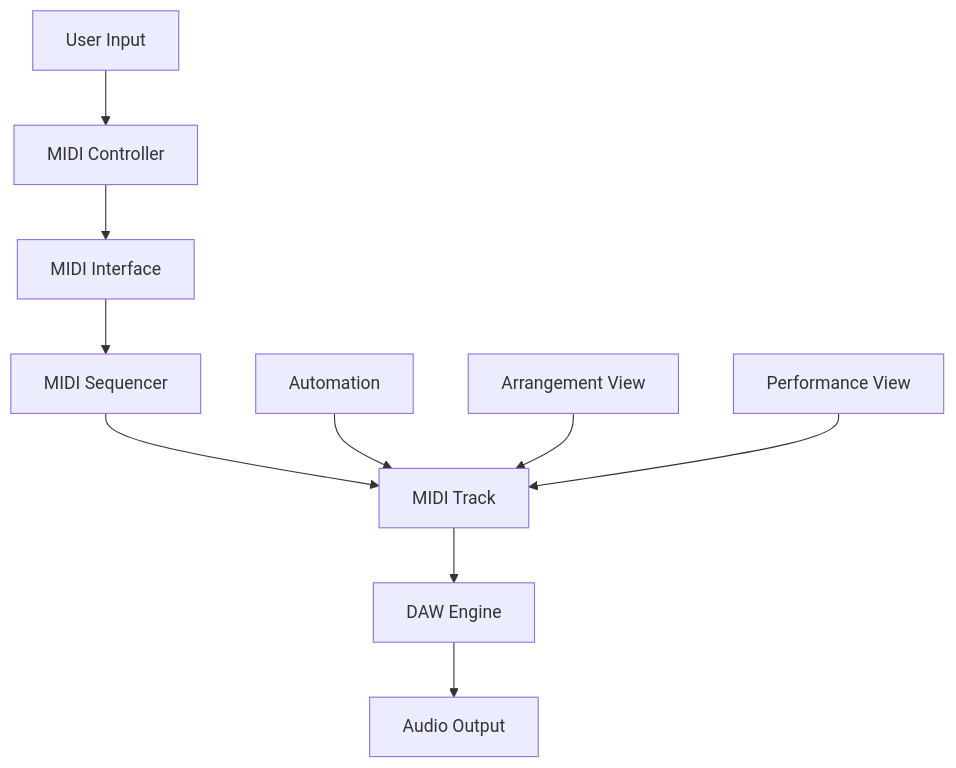
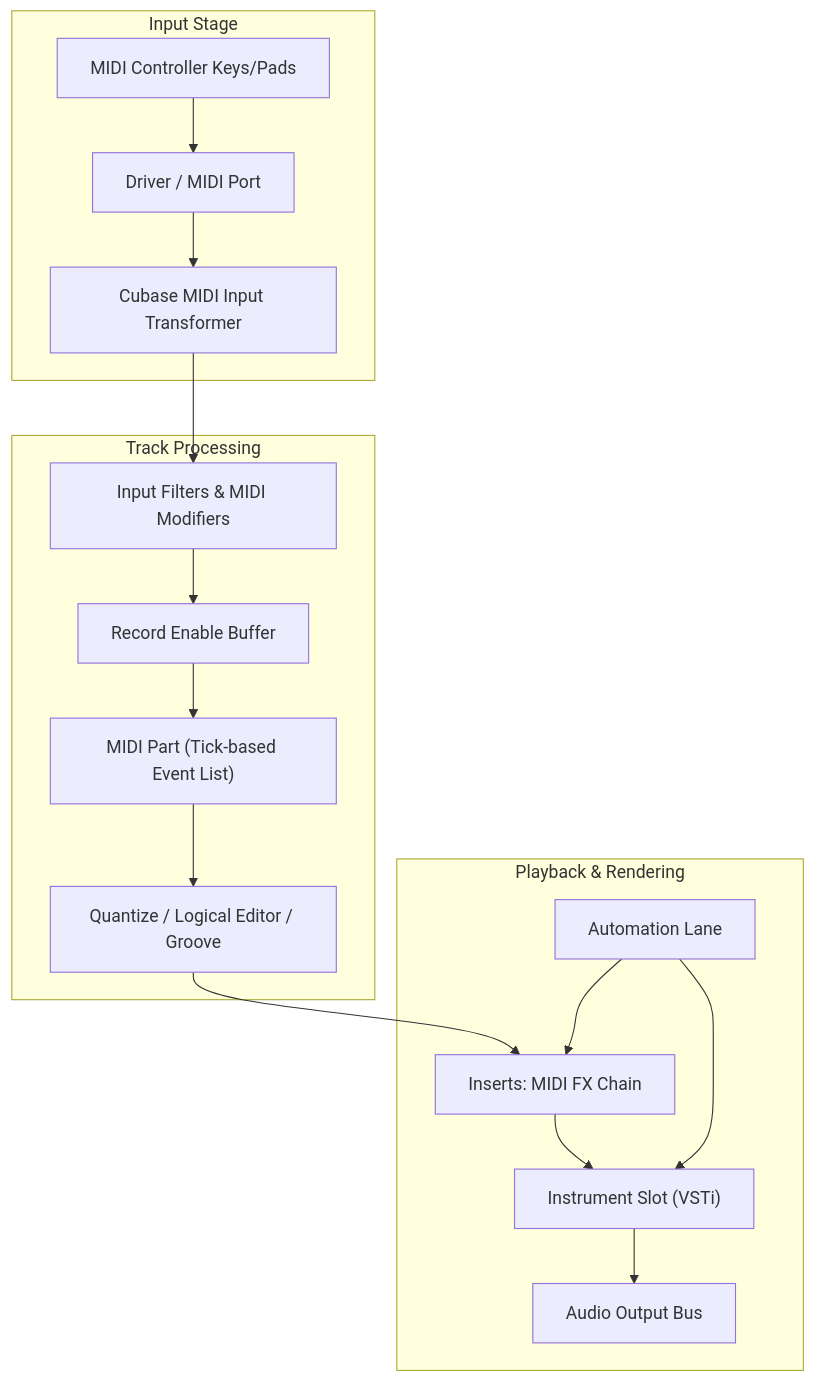
The diagram in topics/arts/creative_software/cubase/lesson_02_midi_performance_and_arrangement.md (blebleblee/synapse), drawn with Mermaid before and after one commit. The commit also changed other lines of this file and 4 other files, not shown here.

````diff
--- a/topics/arts/creative_software/cubase/lesson_02_midi_performance_and_arrangement.md
+++ b/topics/arts/creative_software/cubase/lesson_02_midi_performance_and_arrangement.md
@@ -19,12 +45,20 @@
 ```mermaid
 graph TD
-    A["User Input"] --> B["MIDI Controller"]
-    B --> C["MIDI Interface"]
-    C --> D["MIDI Sequencer"]
-    D --> E["MIDI Track"]
-    E --> F["DAW Engine"]
-    F --> G["Audio Output"]
-    H["Automation"] --> E
-    I["Arrangement View"] --> E
-    J["Performance View"] --> E
+    subgraph input_stage ["Input Stage"]
+        A["MIDI Controller Keys/Pads"] --> B["Driver / MIDI Port"]
+        B --> C["Cubase MIDI Input Transformer"]
+    end
+    subgraph track_stage ["Track Processing"]
+        C --> D["Input Filters & MIDI Modifiers"]
+        D --> E["Record Enable Buffer"]
+        E --> F["MIDI Part (Tick-based Event List)"]
+        F --> G["Quantize / Logical Editor / Groove"]
+    end
+    subgraph playback_stage ["Playback & Rendering"]
+        G --> H["Inserts: MIDI FX Chain"]
+        H --> I["Instrument Slot (VSTi)"]
+        I --> J["Audio Output Bus"]
+        K["Automation Lane"] --> H
+        K --> I
+    end
 ```
````
